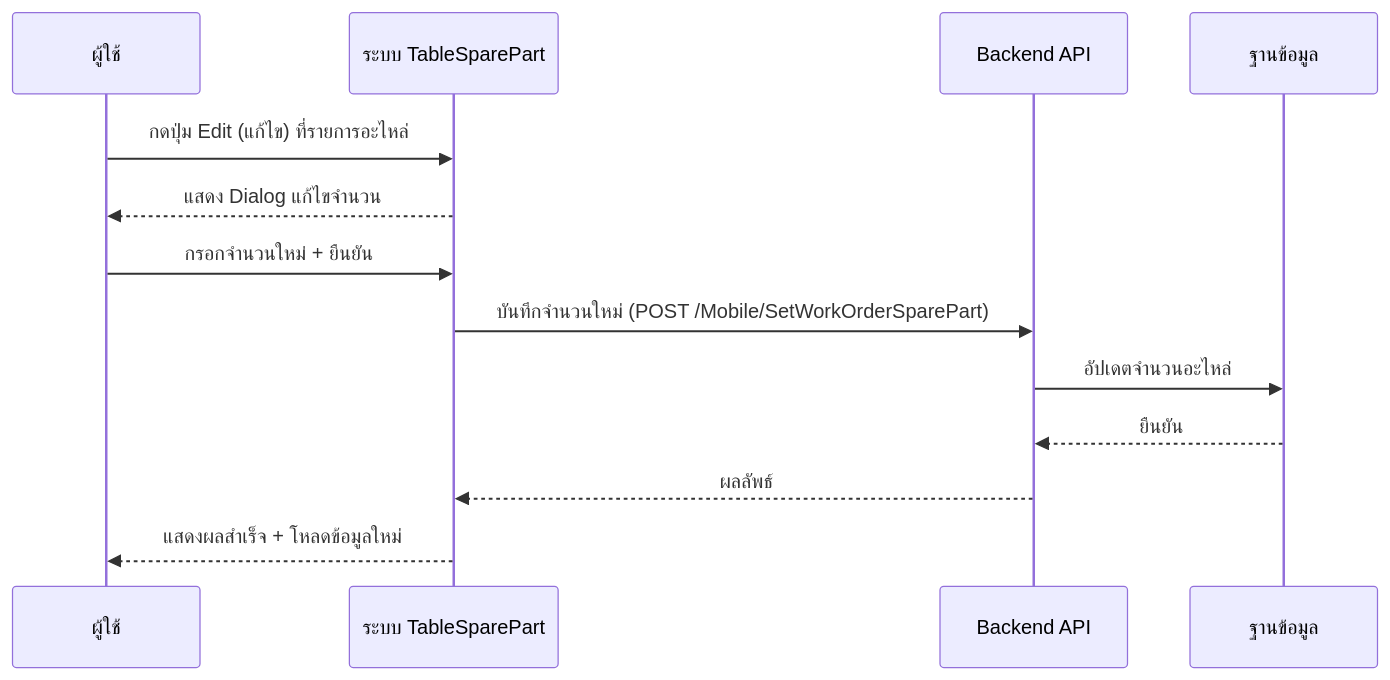
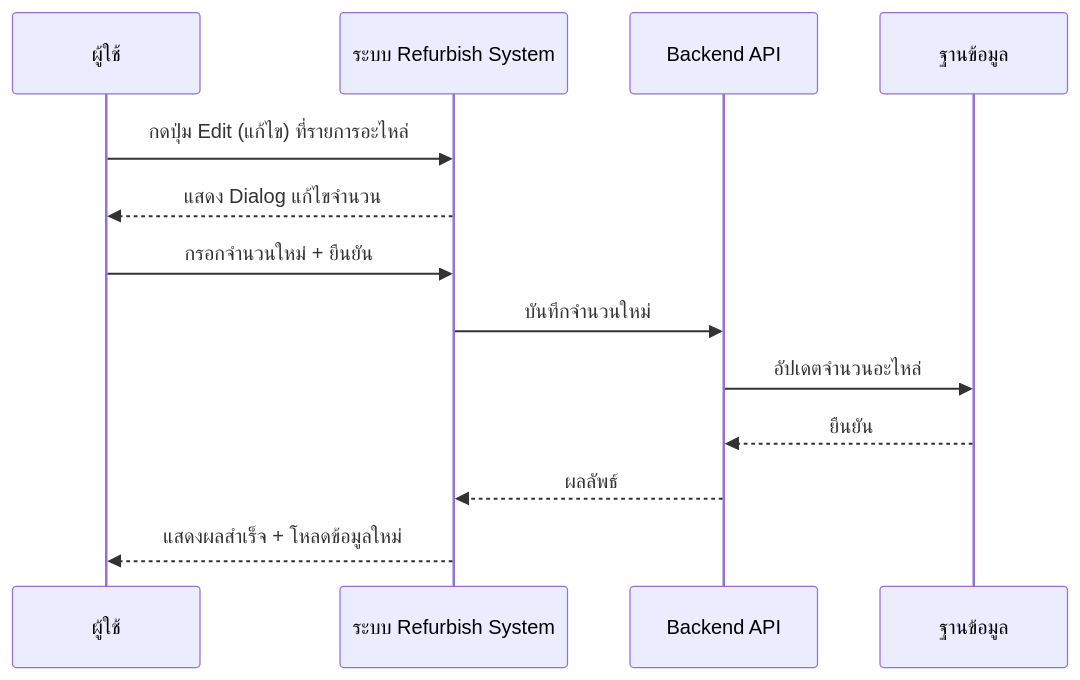
The fourth of 5 diagrams in docs/TableSparePart_SequenceDiagram.md (akkdach/pro-iot-mobile), drawn with Mermaid before and after one commit. The commit also changed other lines of this file and 10 other files, not shown here.

````diff
--- a/docs/TableSparePart_SequenceDiagram.md
+++ b/docs/TableSparePart_SequenceDiagram.md
@@ -65,16 +65,16 @@
 ```mermaid
 sequenceDiagram
     participant U as ผู้ใช้
-    participant SP as ระบบ TableSparePart
+    participant SP as ระบบ Refurbish System
     participant API as Backend API
     participant DB as ฐานข้อมูล
 
     U->>SP: กดปุ่ม Edit (แก้ไข) ที่รายการอะไหล่
     SP-->>U: แสดง Dialog แก้ไขจำนวน
     U->>SP: กรอกจำนวนใหม่ + ยืนยัน
-    SP->>API: บันทึกจำนวนใหม่ (POST /Mobile/SetWorkOrderSparePart)
+    SP->>API: บันทึกจำนวนใหม่ 
     API->>DB: อัปเดตจำนวนอะไหล่
     DB-->>API: ยืนยัน
     API-->>SP: ผลลัพธ์
     SP-->>U: แสดงผลสำเร็จ + โหลดข้อมูลใหม่
 ```
````
